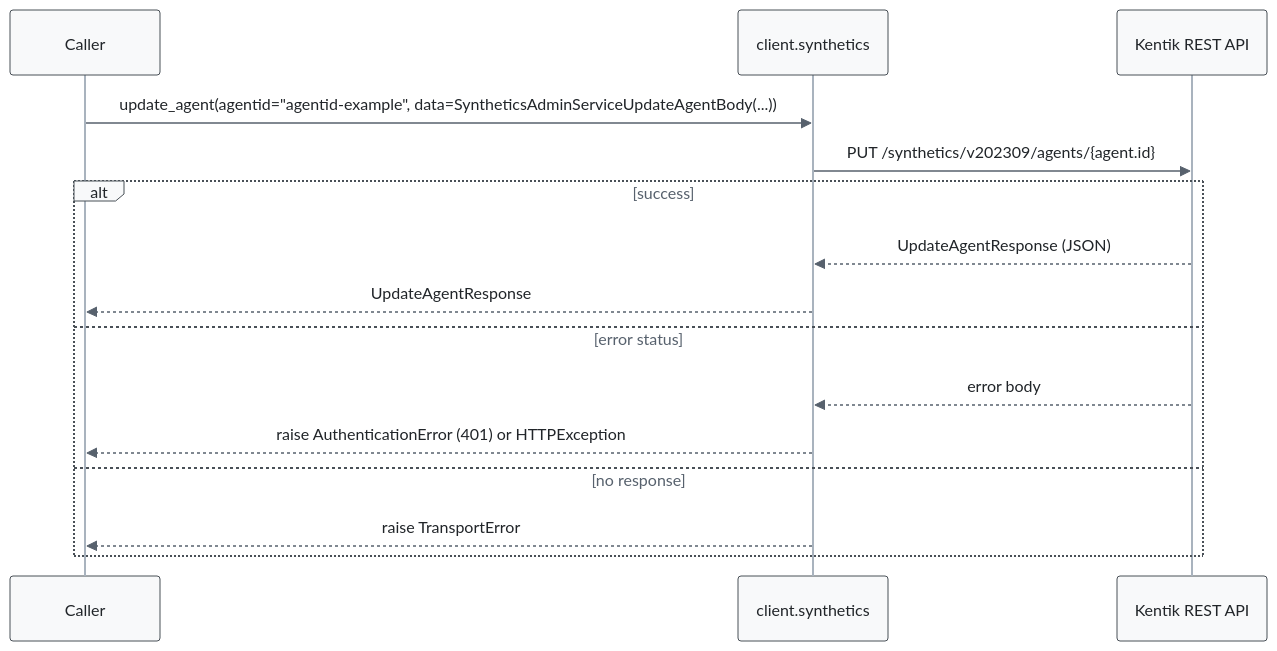
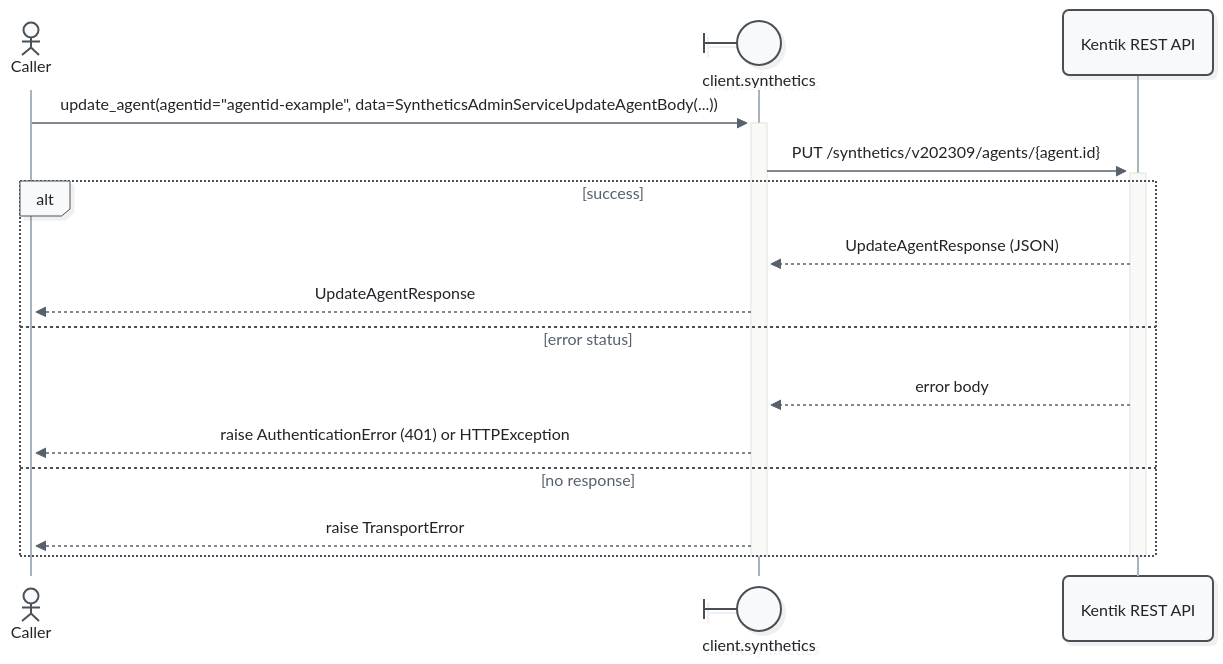
Before and after one commit to alexdearaujo/community_sdk_python: diagram 15 of 37 in docs/sphinx/services/synthetics.md, drawn with Mermaid. The commit also changed other lines of this file and 52 other files, not shown here.

First line of the commit message:
docs: Mermaid 12 sequence diagrams with participant types and path colors

````diff
--- a/docs/sphinx/services/synthetics.md
+++ b/docs/sphinx/services/synthetics.md
@@ -575,19 +610,21 @@
 ```mermaid
-%%{init: {"theme": "base", "fontFamily": "ui-monospace, SFMono-Regular, Menlo, monospace", "themeVariables": {"fontFamily": "ui-monospace, SFMono-Regular, Menlo, monospace", "primaryColor": "#f8f9fa", "primaryBorderColor": "#495057", "primaryTextColor": "#212529", "textColor": "#212529", "lineColor": "#77818c", "edgeLabelBackground": "#ffffff", "actorBkg": "#f8f9fa", "actorBorder": "#495057", "actorTextColor": "#212529", "actorLineColor": "#a9b3be", "signalColor": "#57616d", "signalTextColor": "#212529", "labelBoxBkgColor": "#f8f9fa", "labelBoxBorderColor": "#495057", "labelTextColor": "#212529", "loopTextColor": "#57616d", "noteBkgColor": "#fff9db", "noteBorderColor": "#f08c00", "noteTextColor": "#a35a00"}, "flowchart": {"curve": "step", "nodeSpacing": 30, "rankSpacing": 70, "wrappingWidth": 400}}}%%
+%%{init: {"theme": "redux", "look": "neo", "layout": "dagre", "fontFamily": "ui-monospace, SFMono-Regular, Menlo, monospace", "themeVariables": {"fontFamily": "ui-monospace, SFMono-Regular, Menlo, monospace", "primaryColor": "#f8f9fa", "primaryBorderColor": "#495057", "primaryTextColor": "#212529", "textColor": "#212529", "lineColor": "#77818c", "edgeLabelBackground": "#ffffff", "actorBkg": "#f8f9fa", "actorBorder": "#495057", "actorTextColor": "#212529", "actorLineColor": "#a9b3be", "signalColor": "#57616d", "signalTextColor": "#212529", "labelBoxBkgColor": "#f8f9fa", "labelBoxBorderColor": "#495057", "labelTextColor": "#212529", "loopTextColor": "#57616d", "noteBkgColor": "#fff9db", "noteBorderColor": "#f08c00", "noteTextColor": "#a35a00"}, "sequence": {"activationWidth": 16}, "flowchart": {"curve": "step", "nodeSpacing": 30, "rankSpacing": 70, "wrappingWidth": 400}}}%%
 sequenceDiagram
-    participant C as Caller
-    participant W as client.synthetics
+    actor C as Caller
+    participant W@{ "type": "boundary" } as client.synthetics
     participant API as Kentik REST API
 
-    C->>W: update_agent(agentid="agentid-example", data=SyntheticsAdminServiceUpdateAgentBody(...))
-    W->>API: PUT /synthetics/v202309/agents/{agent.id}
+    C->>+W: update_agent(agentid="agentid-example", data=SyntheticsAdminServiceUpdateAgentBody(...))
+    W->>+API: PUT /synthetics/v202309/agents/{agent.id}
     alt success
         API-->>W: UpdateAgentResponse (JSON)
         W-->>C: UpdateAgentResponse
     else error status
         API-->>W: error body
         W-->>C: raise AuthenticationError (401) or HTTPException
     else no response
         W-->>C: raise TransportError
     end
+    deactivate API
+    deactivate W
 ```
````
